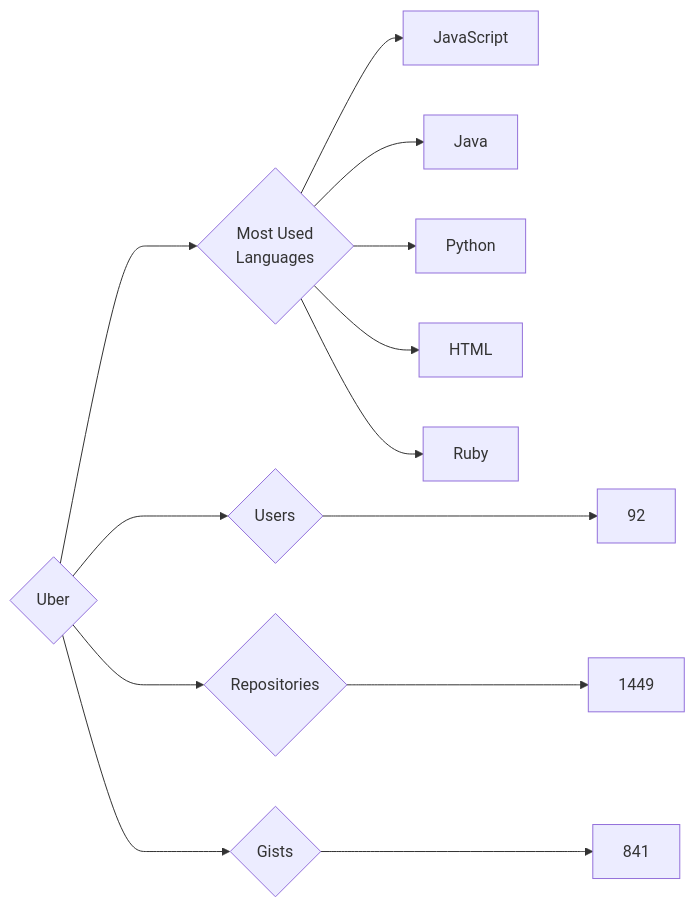
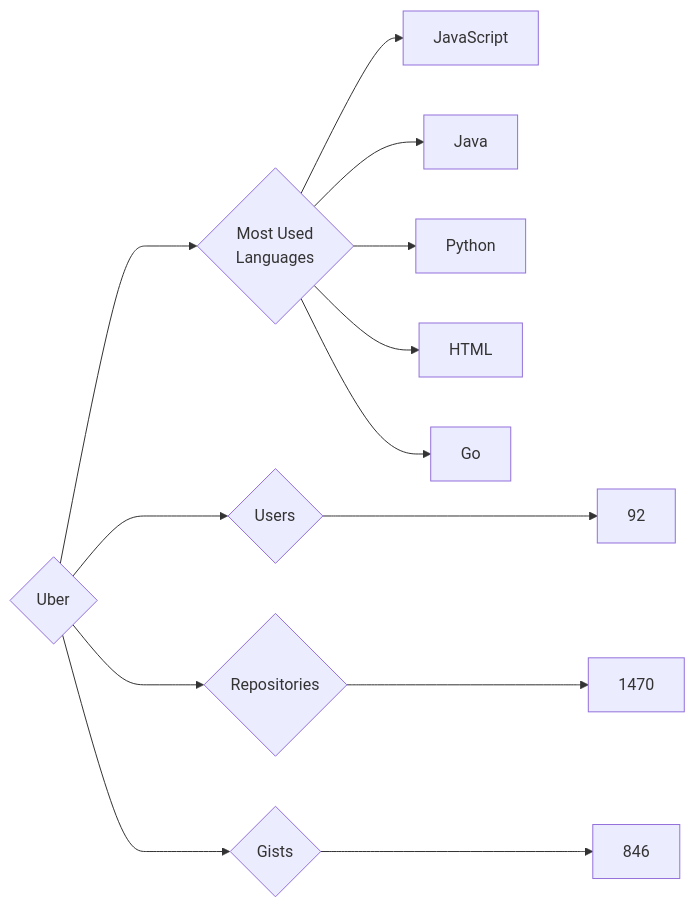
Before and after one commit to trickest/insiders: the diagram in targets/Uber/README.md, drawn with Mermaid. The commit also changed 920 other files, not shown here.

````diff
--- a/targets/Uber/README.md
+++ b/targets/Uber/README.md
@@ -3,13 +3,13 @@
 ```mermaid
 graph LR
 COMPANY_NAME{Uber}
 COMPANY_NAME ---> U{Users} ---> UN[92]
-COMPANY_NAME ---> R{Repositories} ---> RN[1449]
-COMPANY_NAME ---> G{Gists} ---> GN[841]
+COMPANY_NAME ---> R{Repositories} ---> RN[1470]
+COMPANY_NAME ---> G{Gists} ---> GN[846]
 COMPANY_NAME ---> ML{Most Used<br>Languages}
 ML --> JavaScript[JavaScript]
 ML --> Java[Java]
 ML --> Python[Python]
 ML --> HTML[HTML]
-ML --> Ruby[Ruby]
+ML --> Go[Go]
 ```
````
